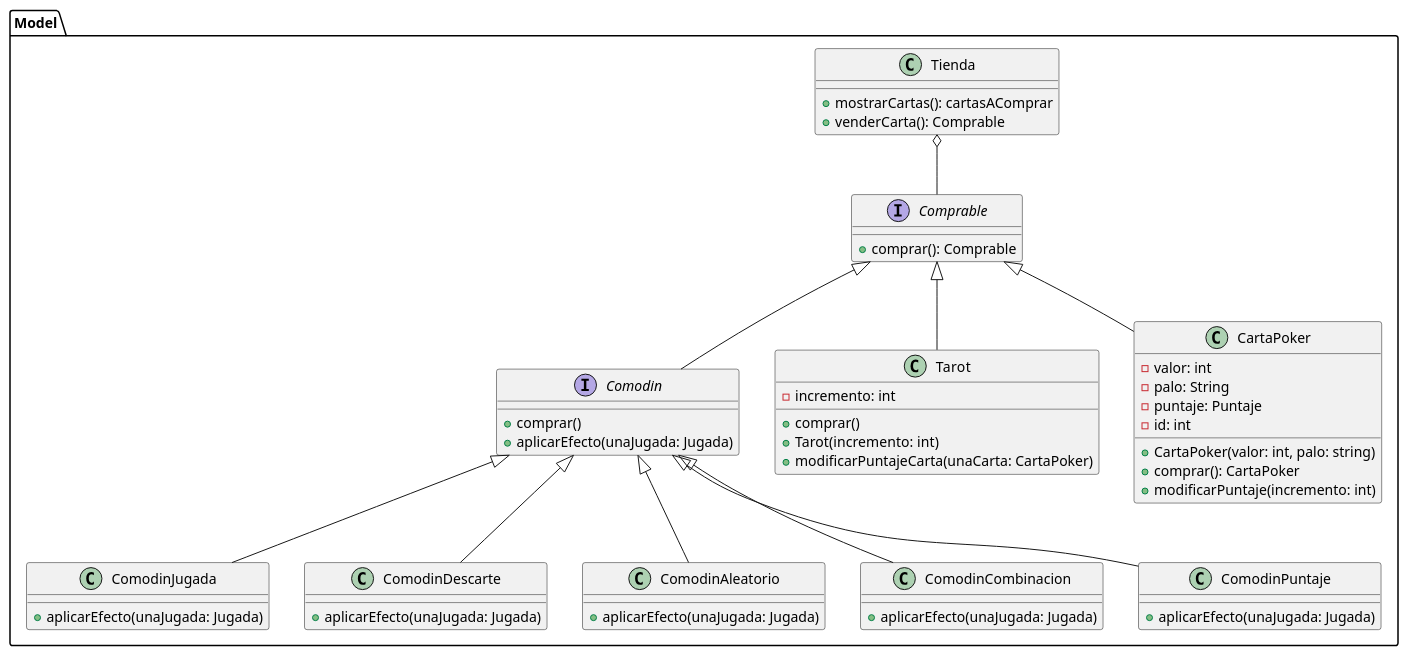
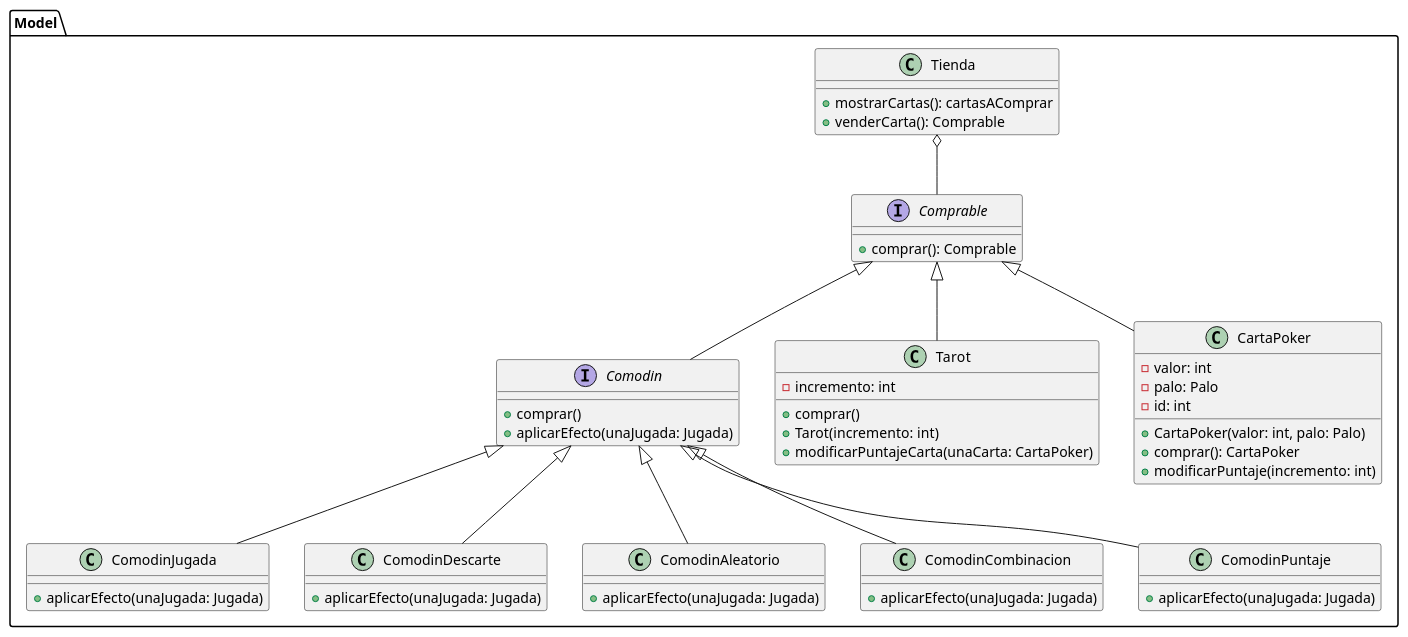
One commit to carruizdiaz1109/UBAlatro changed the diagram in diagrams/classes/clasesBalatro3.puml. Above: the diagram before and after it, drawn with PlantUML. The commit also changed 13 other files, not shown here.

Commit message:
Actualizacion de cambios en diagramas

```diff
--- a/diagrams/classes/clasesBalatro3.puml
+++ b/diagrams/classes/clasesBalatro3.puml
@@ -1,63 +1,62 @@
 @startuml
 
 package Model {
 
 class Tienda {
     + mostrarCartas(): cartasAComprar
     + venderCarta(): Comprable
 }
 
 interface Comprable {
     + comprar(): Comprable
 }
 
 interface Comodin {
     + comprar()
     + aplicarEfecto(unaJugada: Jugada)
 }
 
 class ComodinJugada {
     + aplicarEfecto(unaJugada: Jugada)
 }
 class ComodinDescarte {
     + aplicarEfecto(unaJugada: Jugada)
 }
 class ComodinAleatorio{
     + aplicarEfecto(unaJugada: Jugada)
 }
 class ComodinCombinacion{
     + aplicarEfecto(unaJugada: Jugada)
 }
 class ComodinPuntaje{
     + aplicarEfecto(unaJugada: Jugada)
 }
 
 class Tarot {
     - incremento: int
     + comprar()
     + Tarot(incremento: int)
     +modificarPuntajeCarta(unaCarta: CartaPoker)
 }
 
 class CartaPoker {
     - valor: int
-    - palo: String
-    - puntaje: Puntaje
+    - palo: Palo
     - id: int
-    + CartaPoker(valor: int, palo: string)
+    + CartaPoker(valor: int, palo: Palo)
     + comprar(): CartaPoker
     + modificarPuntaje(incremento: int)
 }
 
 
 Tienda o-- Comprable
 Comodin -up-|> Comprable
 CartaPoker -up-|> Comprable
 Tarot -up-|> Comprable
 ComodinJugada -up-|> Comodin
 ComodinDescarte -up-|> Comodin
 ComodinAleatorio -up-|> Comodin
 ComodinCombinacion -up-|> Comodin
 ComodinPuntaje -up-|> Comodin
 }
 @enduml
```
